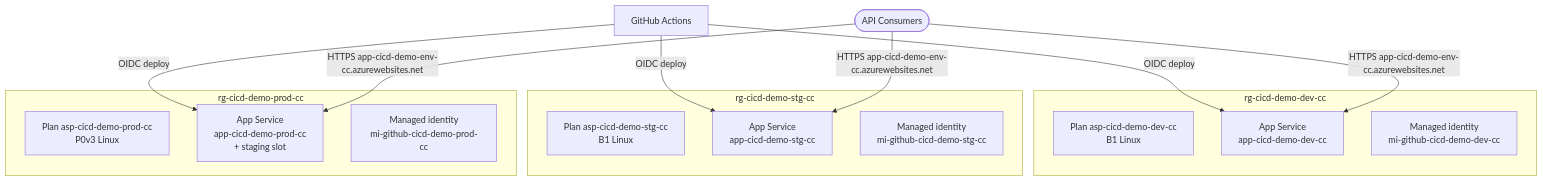
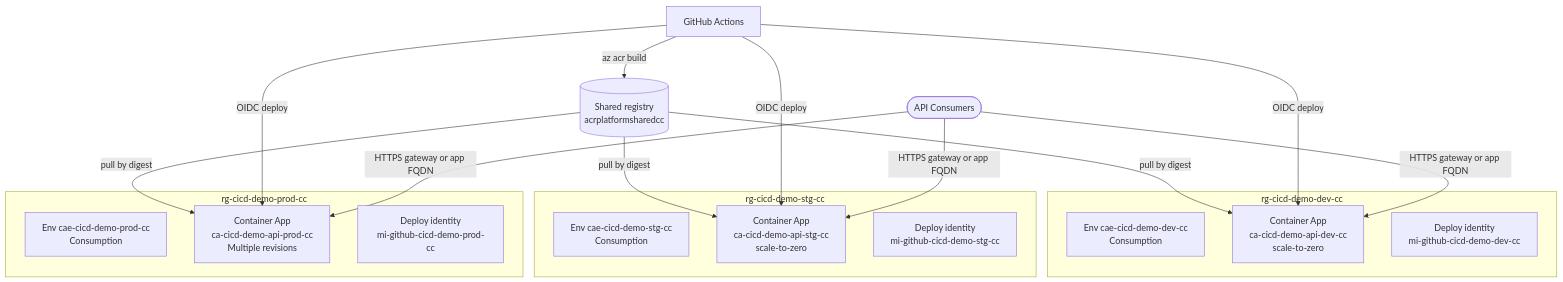
Before and after one commit to avlon-technologies/template-azure-cicd: the second of 2 diagrams in docs/c2-containers/README.md, drawn with Mermaid. The commit also changed other lines of this file and 10 other files, not shown here.

````diff
--- a/docs/c2-containers/README.md
+++ b/docs/c2-containers/README.md
@@ -75,22 +80,25 @@
 ```mermaid
 graph TB
     gha[GitHub Actions]
     users([API Consumers])
+    acr[(Shared registry<br/>acrplatformsharedcc)]
     subgraph dev-rg [rg-cicd-demo-dev-cc]
-        dplan[Plan asp-cicd-demo-dev-cc<br/>B1 Linux]
-        d[App Service<br/>app-cicd-demo-dev-cc]
-        dmi[Managed identity<br/>mi-github-cicd-demo-dev-cc]
+        denv[Env cae-cicd-demo-dev-cc<br/>Consumption]
+        d[Container App<br/>ca-cicd-demo-api-dev-cc<br/>scale-to-zero]
+        dmi[Deploy identity<br/>mi-github-cicd-demo-dev-cc]
     end
     subgraph stg-rg [rg-cicd-demo-stg-cc]
-        splan[Plan asp-cicd-demo-stg-cc<br/>B1 Linux]
-        s[App Service<br/>app-cicd-demo-stg-cc]
-        smi[Managed identity<br/>mi-github-cicd-demo-stg-cc]
+        senv[Env cae-cicd-demo-stg-cc<br/>Consumption]
+        s[Container App<br/>ca-cicd-demo-api-stg-cc<br/>scale-to-zero]
+        smi[Deploy identity<br/>mi-github-cicd-demo-stg-cc]
     end
     subgraph prod-rg [rg-cicd-demo-prod-cc]
-        pplan[Plan asp-cicd-demo-prod-cc<br/>P0v3 Linux]
-        p[App Service<br/>app-cicd-demo-prod-cc<br/>+ staging slot]
-        pmi[Managed identity<br/>mi-github-cicd-demo-prod-cc]
+        penv[Env cae-cicd-demo-prod-cc<br/>Consumption]
+        p[Container App<br/>ca-cicd-demo-api-prod-cc<br/>Multiple revisions]
+        pmi[Deploy identity<br/>mi-github-cicd-demo-prod-cc]
     end
+    gha -->|az acr build| acr
+    acr -->|pull by digest| d & s & p
     gha -->|OIDC deploy| d & s & p
-    users -->|HTTPS app-cicd-demo-env-cc.azurewebsites.net| d & s & p
+    users -->|HTTPS gateway or app FQDN| d & s & p
 ```
````
